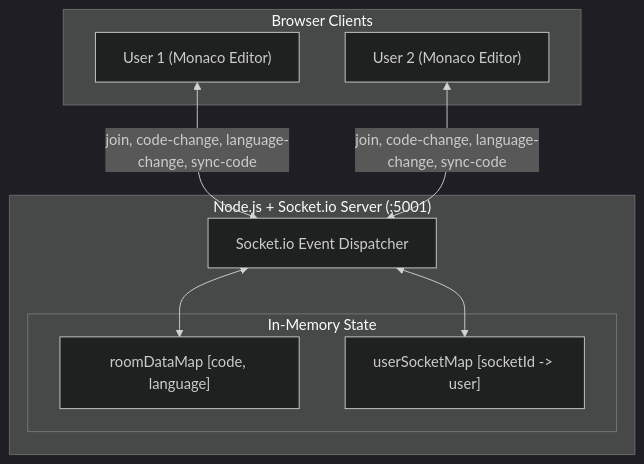
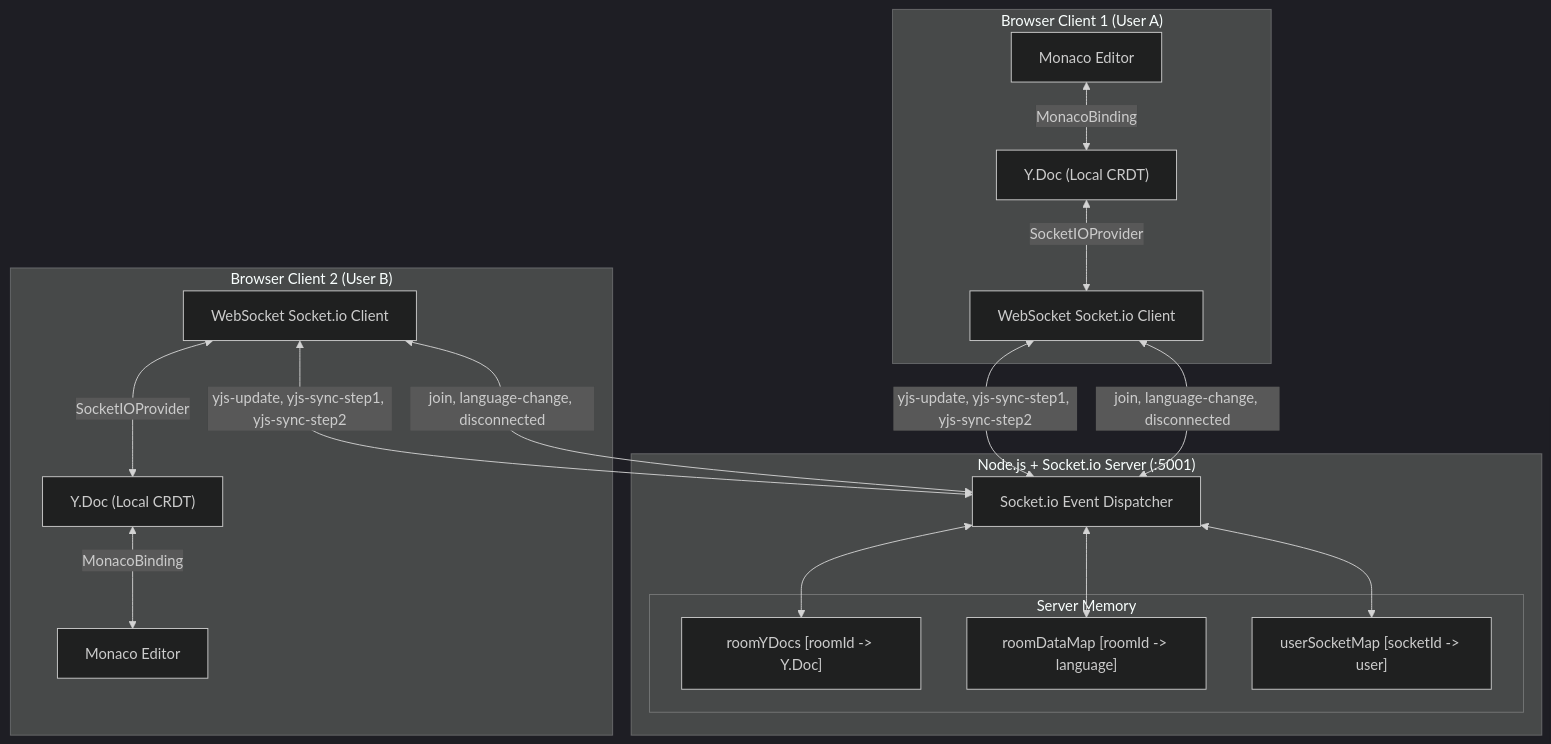
Before and after one commit to paracetamol0807/Real-Time-Collab-Code-Editor: the diagram in README.md, drawn with Mermaid (dark theme). The commit also changed other lines of this file and 11 other files, not shown here.

````diff
--- a/README.md
+++ b/README.md
@@ -123,20 +129,29 @@
 ```mermaid
 flowchart TD
-    subgraph Clients ["Browser Clients"]
-        A["User 1 (Monaco Editor)"]
-        B["User 2 (Monaco Editor)"]
+    subgraph Client1 ["Browser Client 1 (User A)"]
+        M1["Monaco Editor"] <-->|"MonacoBinding"| Y1["Y.Doc (Local CRDT)"]
+        Y1 <-->|"SocketIOProvider"| P1["WebSocket Socket.io Client"]
     end
 
     subgraph Server ["Node.js + Socket.io Server (:5001)"]
         S["Socket.io Event Dispatcher"]
-        subgraph Storage ["In-Memory State"]
-            RM["roomDataMap [code, language]"]
+        subgraph Storage ["Server Memory"]
+            RD["roomYDocs [roomId -> Y.Doc]"]
+            RM["roomDataMap [roomId -> language]"]
             UM["userSocketMap [socketId -> user]"]
         end
     end
 
-    A <-->|"join, code-change, language-change, sync-code"| S
-    B <-->|"join, code-change, language-change, sync-code"| S
+    subgraph Client2 ["Browser Client 2 (User B)"]
+        P2["WebSocket Socket.io Client"] <-->|"SocketIOProvider"| Y2["Y.Doc (Local CRDT)"]
+        Y2 <-->|"MonacoBinding"| M2["Monaco Editor"]
+    end
+
+    P1 <-->|"yjs-update, yjs-sync-step1, yjs-sync-step2"| S
+    P2 <-->|"yjs-update, yjs-sync-step1, yjs-sync-step2"| S
+    P1 <-->|"join, language-change, disconnected"| S
+    P2 <-->|"join, language-change, disconnected"| S
+    S <--> RD
     S <--> RM
     S <--> UM
 ```
````
